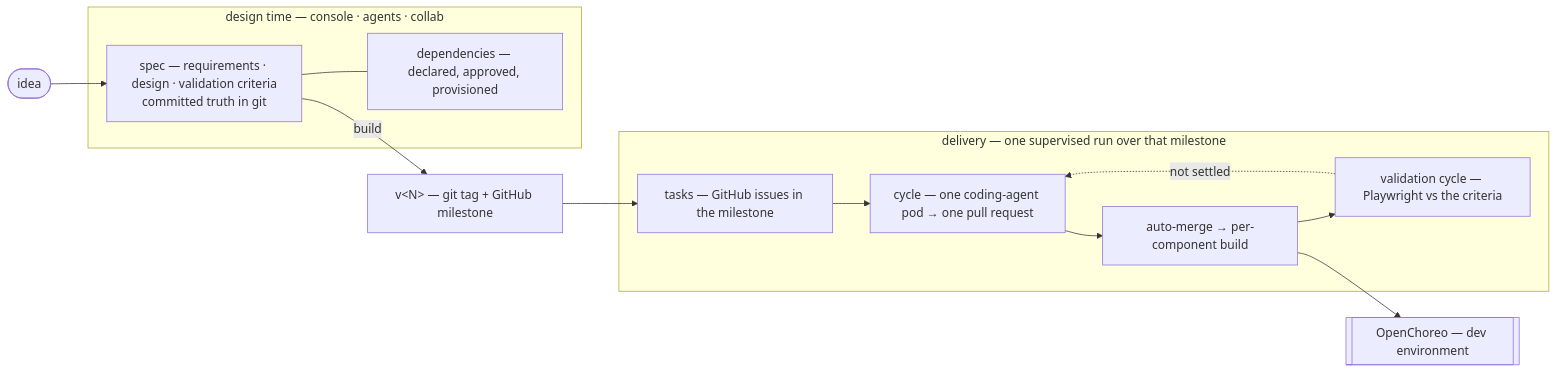
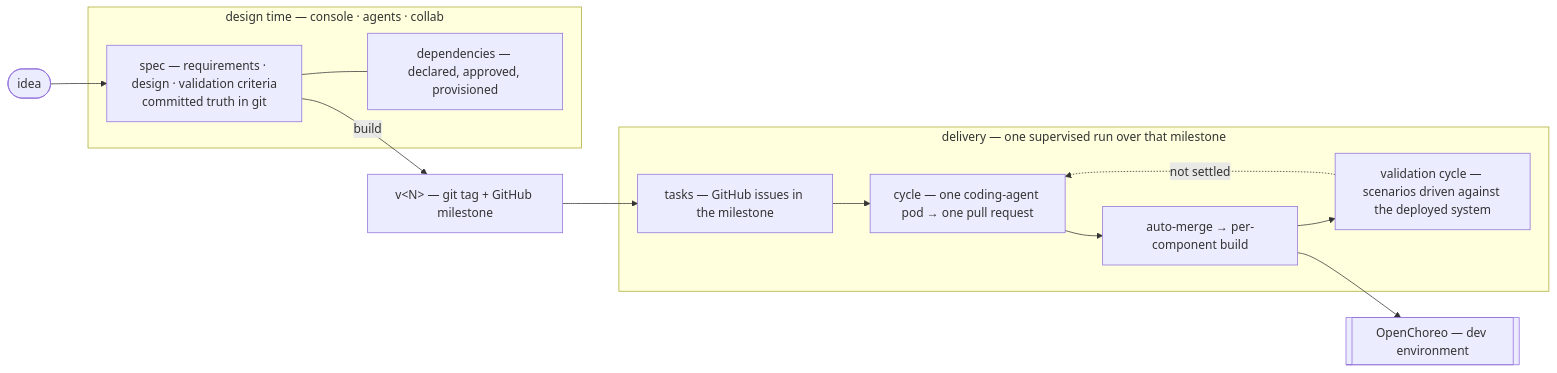
Before and after one commit to KCSAbeywickrama/labs-agentic-engineer: the diagram in README.md, drawn with Mermaid. The commit also changed 9 other files, not shown here.

````diff
--- a/README.md
+++ b/README.md
@@ -53,20 +53,20 @@
 ```mermaid
 flowchart LR
   IDEA([idea]) --> SPEC
   subgraph DESIGN["design time — console · agents · collab"]
     SPEC["spec — requirements · design · validation criteria<br/>committed truth in git"]
     DEP["dependencies — declared, approved, provisioned"]
     SPEC --- DEP
   end
   SPEC -->|build| TAG["v&lt;N&gt; — git tag + GitHub milestone"]
   subgraph RUN["delivery — one supervised run over that milestone"]
     TASK["tasks — GitHub issues in the milestone"]
     CYCLE["cycle — one coding-agent pod → one pull request"]
     MERGE["auto-merge → per-component build"]
-    VAL["validation cycle — Playwright vs the criteria"]
+    VAL["validation cycle — scenarios driven against the deployed system"]
     TASK --> CYCLE --> MERGE --> VAL
     VAL -.->|not settled| CYCLE
   end
   TAG --> TASK
   MERGE --> OC[["OpenChoreo — dev environment"]]
 ```
````
